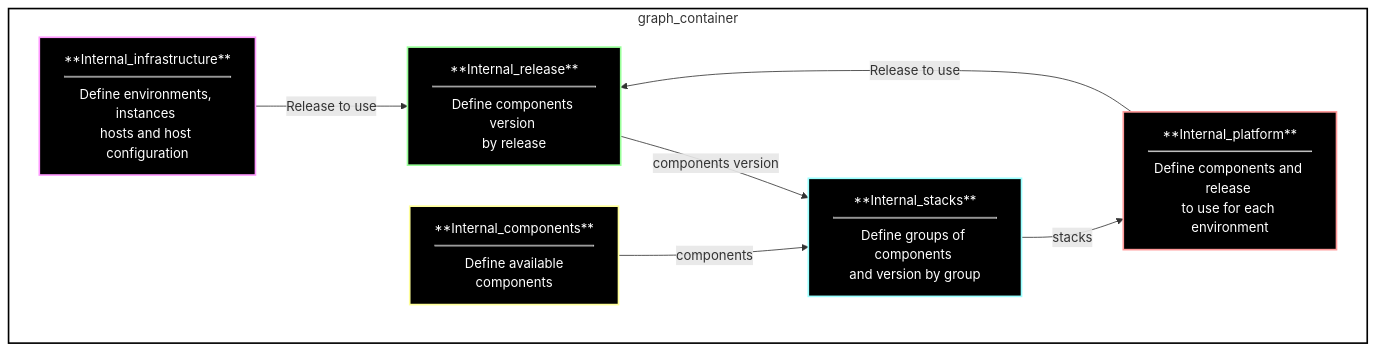
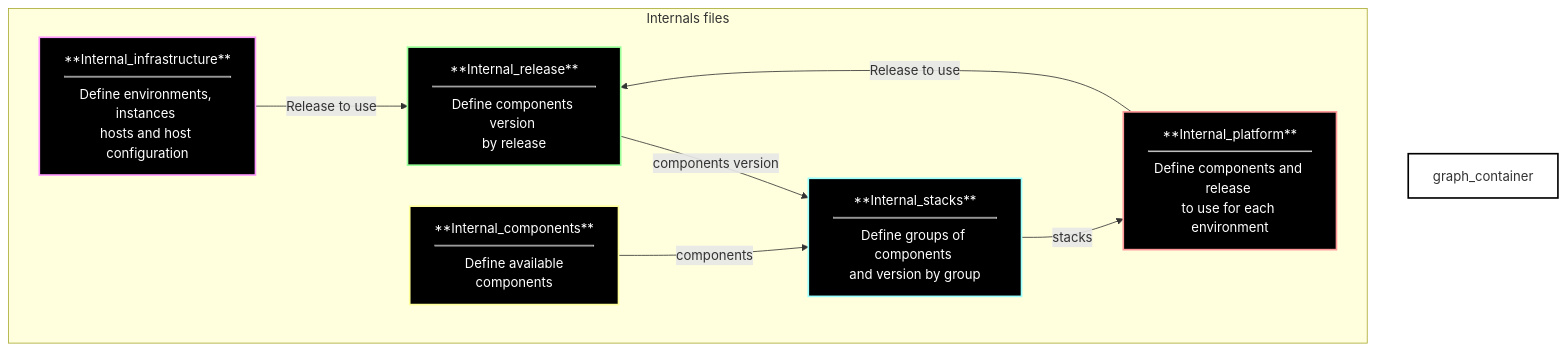
Before and after one commit to SavaiRavikiran/Monitoring_With_Prometheus-Grafana: the first of 38 diagrams in Markdown1.md, drawn with Mermaid.

````diff
--- a/Markdown1.md
+++ b/Markdown1.md
@@ -3,20 +3,20 @@
 ```mermaid
 graph TD;
 
-  subgraph graph_container
+  subgraph "Internals files"
     style graph_container fill:transparent, stroke:#000, stroke-width:2px, stroke-dasharray: 0;
     
     style A fill:#000, stroke:#f9f, stroke-width:2px, stroke-dasharray: 0, color:#fff;
     style B fill:#000, stroke:#9f9, stroke-width:2px, stroke-dasharray: 0, color:#fff;
     style C fill:#000, stroke:#ff9, stroke-width:2px, stroke-dasharray: 0, color:#fff;
     style D fill:#000, stroke:#9ff, stroke-width:2px, stroke-dasharray: 0, color:#fff;
     style E fill:#000, stroke:#f99, stroke-width:2px, stroke-dasharray: 0, color:#fff;
   
     A["**Internal_infrastructure**<br/><hr style='margin-top: 8px; margin-bottom: 8px;'/>Define environments, instances <br/>hosts and host configuration"] -->|Release to use| B["**Internal_release**<br/><hr style='margin-top: 8px; margin-bottom: 8px;'/>Define components version <br/>by release"];
     B -->|components version| D["**Internal_stacks**<br/><hr style='margin-top: 8px; margin-bottom: 8px;'/>Define groups of components <br/>and version by group"];
     D -->|stacks| E["**Internal_platform**<br/><hr style='margin-top: 8px; margin-bottom: 8px;'/>Define components and release <br/>to use for each environment"];
     E -->|Release to use| B;
     C["**Internal_components**<br/><hr style='margin-top: 8px; margin-bottom: 8px;'/>Define available<br/> components"] -->|components| D;
     
   end;
 ```
````
